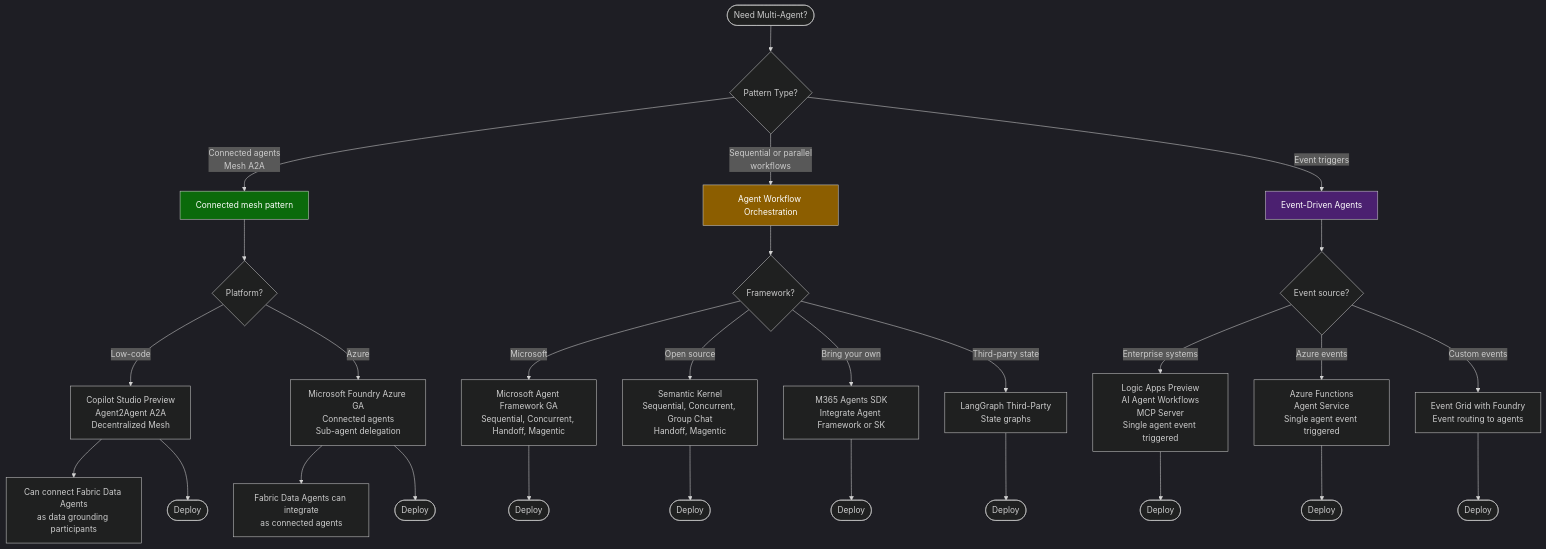
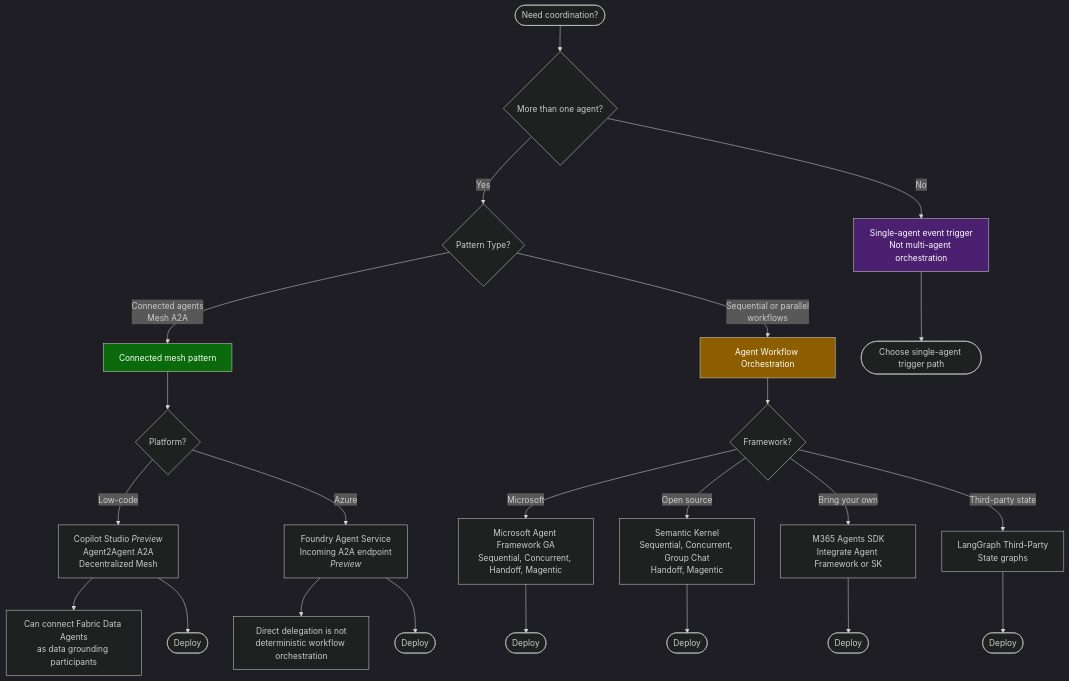
Before and after one commit to microsoft/Microsoft-AI-Decision-Framework: the seventh of 10 diagrams in docs/visual-framework.md, drawn with Mermaid. The commit also changed other lines of this file and 14 other files, not shown here.

````diff
--- a/docs/visual-framework.md
+++ b/docs/visual-framework.md
@@ -815,41 +815,35 @@
 ```mermaid
 %%{init: {'theme':'dark'}}%%
 flowchart TD
-    Start([Need Multi-Agent?]) --> Q1{Pattern Type?}
+    Start([Need coordination?]) --> IsMulti{More than one agent?}
+    IsMulti -->|No| SingleExit[Single-agent event trigger<br/>Not multi-agent orchestration]
+    IsMulti -->|Yes| Q1{Pattern Type?}
 
     Q1 -->|Connected agents<br/>Mesh A2A| Connected[Connected mesh pattern]
     Q1 -->|Sequential or parallel<br/>workflows| Workflows[Agent Workflow Orchestration]
-    Q1 -->|Event triggers| EventDriven[Event-Driven Agents]
 
     Connected --> C_Platform{Platform?}
-    C_Platform -->|Low-code| C_Studio[Copilot Studio Preview<br/>Agent2Agent A2A<br/>Decentralized Mesh]
-    C_Platform -->|Azure| C_Foundry[Microsoft Foundry Azure GA<br/>Connected agents<br/>Sub-agent delegation]
+    C_Platform -->|Low-code| C_Studio[Copilot Studio <i>Preview</i><br/>Agent2Agent A2A<br/>Decentralized Mesh]
+    C_Platform -->|Azure| C_Foundry[Foundry Agent Service<br/>Incoming A2A endpoint<br/><i>Preview</i>]
 
     Workflows --> W_Framework{Framework?}
     W_Framework -->|Microsoft| W_AgentFW[Microsoft Agent Framework GA<br/>Sequential, Concurrent, Handoff, Magentic]
     W_Framework -->|Open source| W_SK[Semantic Kernel<br/>Sequential, Concurrent, Group Chat<br/>Handoff, Magentic]
     W_Framework -->|Bring your own| W_SDK[M365 Agents SDK<br/>Integrate Agent Framework or SK]
     W_Framework -->|Third-party state| W_LangGraph[LangGraph Third-Party<br/>State graphs]
 
-    EventDriven --> E_Type{Event source?}
-    E_Type -->|Enterprise systems| E_Logic[Logic Apps Preview<br/>AI Agent Workflows<br/>MCP Server<br/>Single agent event triggered]
-    E_Type -->|Azure events| E_Functions[Azure Functions<br/>Agent Service<br/>Single agent event triggered]
-    E_Type -->|Custom events| E_Custom[Event Grid with Foundry<br/>Event routing to agents]
-
     C_Studio --> Note1[Can connect Fabric Data Agents<br/>as data grounding participants]
-    C_Foundry --> Note2[Fabric Data Agents can integrate<br/>as connected agents]
+    C_Foundry --> Note2[Direct delegation is not<br/>deterministic workflow orchestration]
 
     C_Studio --> Deploy1([Deploy])
     C_Foundry --> Deploy2([Deploy])
     W_AgentFW --> Deploy3([Deploy])
     W_SK --> Deploy4([Deploy])
     W_SDK --> Deploy5([Deploy])
     W_LangGraph --> Deploy6([Deploy])
-    E_Logic --> Deploy7([Deploy])
-    E_Functions --> Deploy8([Deploy])
-    E_Custom --> Deploy9([Deploy])
+    SingleExit --> Deploy7([Choose single-agent trigger path])
 
     style Connected fill:#0b6a0b,color:#fff
     style Workflows fill:#8c5e00,color:#fff
-    style EventDriven fill:#4b2070,color:#fff
+    style SingleExit fill:#4b2070,color:#fff
 ```
````
